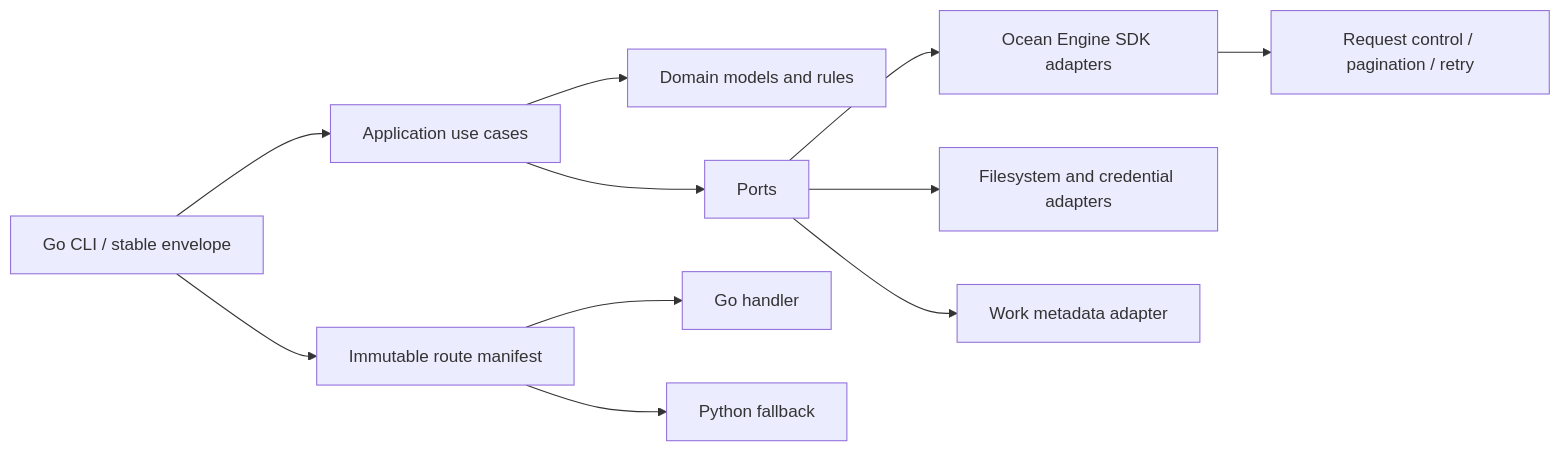
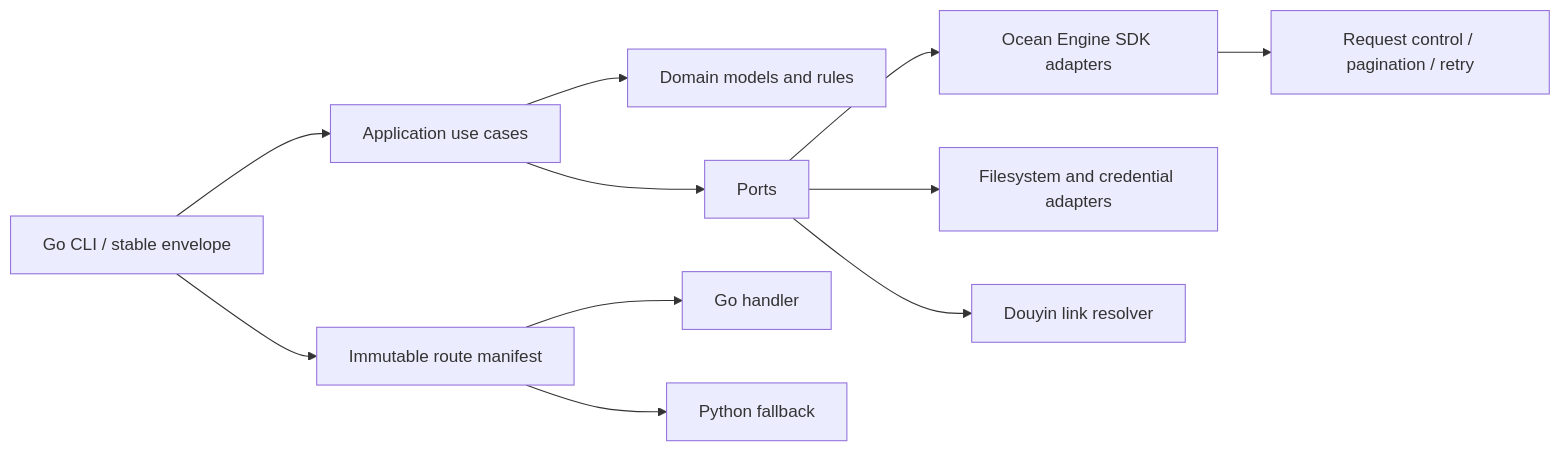
The second of 2 diagrams in docs/architecture.md (westng/ocean-watch), drawn with Mermaid before and after one commit. The commit also changed other lines of this file and 69 other files, not shown here.

Commit message:
feat(qianchuan): replace work metadata with F2

````diff
--- a/docs/architecture.md
+++ b/docs/architecture.md
@@ -50,13 +50,13 @@
 ```mermaid
 flowchart LR
     CLI["Go CLI / stable envelope"] --> App["Application use cases"]
     App --> Domain["Domain models and rules"]
     App --> Ports["Ports"]
     Ports --> SDK["Ocean Engine SDK adapters"]
     Ports --> FS["Filesystem and credential adapters"]
-    Ports --> Meta["Work metadata adapter"]
+    Ports --> Link["Douyin link resolver"]
     CLI --> Routes["Immutable route manifest"]
     Routes --> Go["Go handler"]
     Routes --> Fallback["Python fallback"]
     SDK --> Control["Request control / pagination / retry"]
 ```
````
